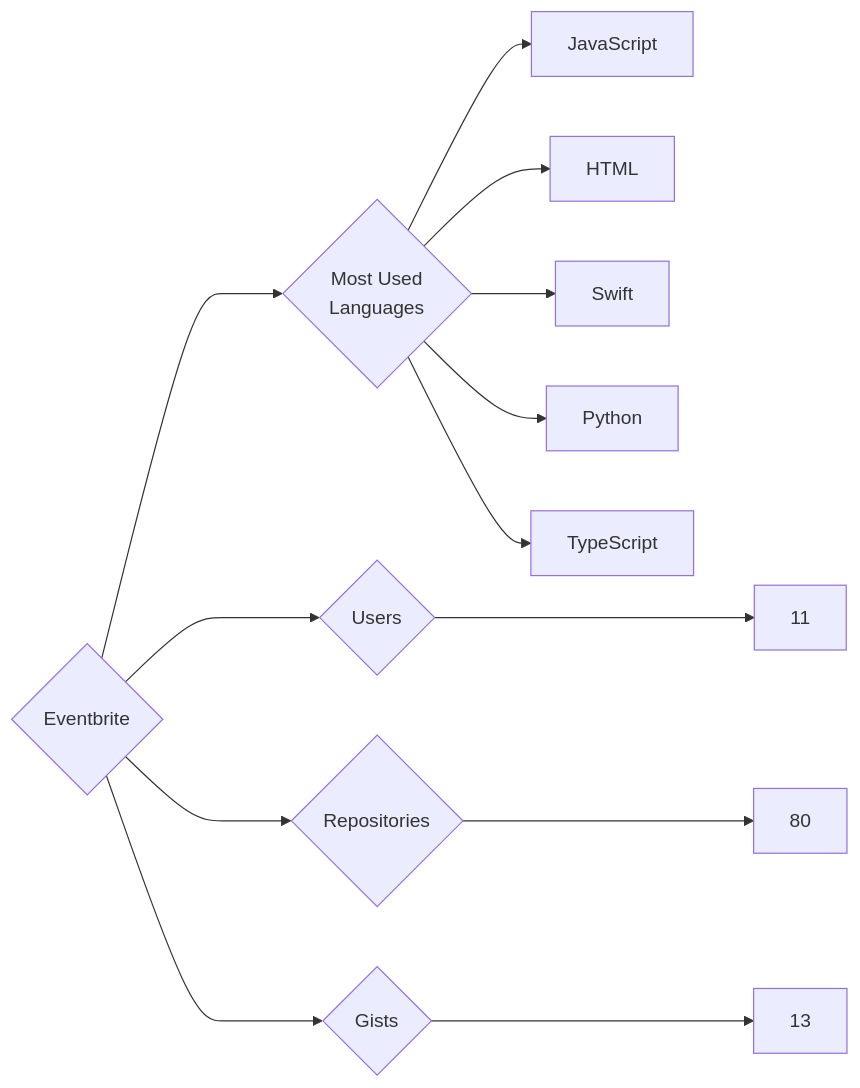
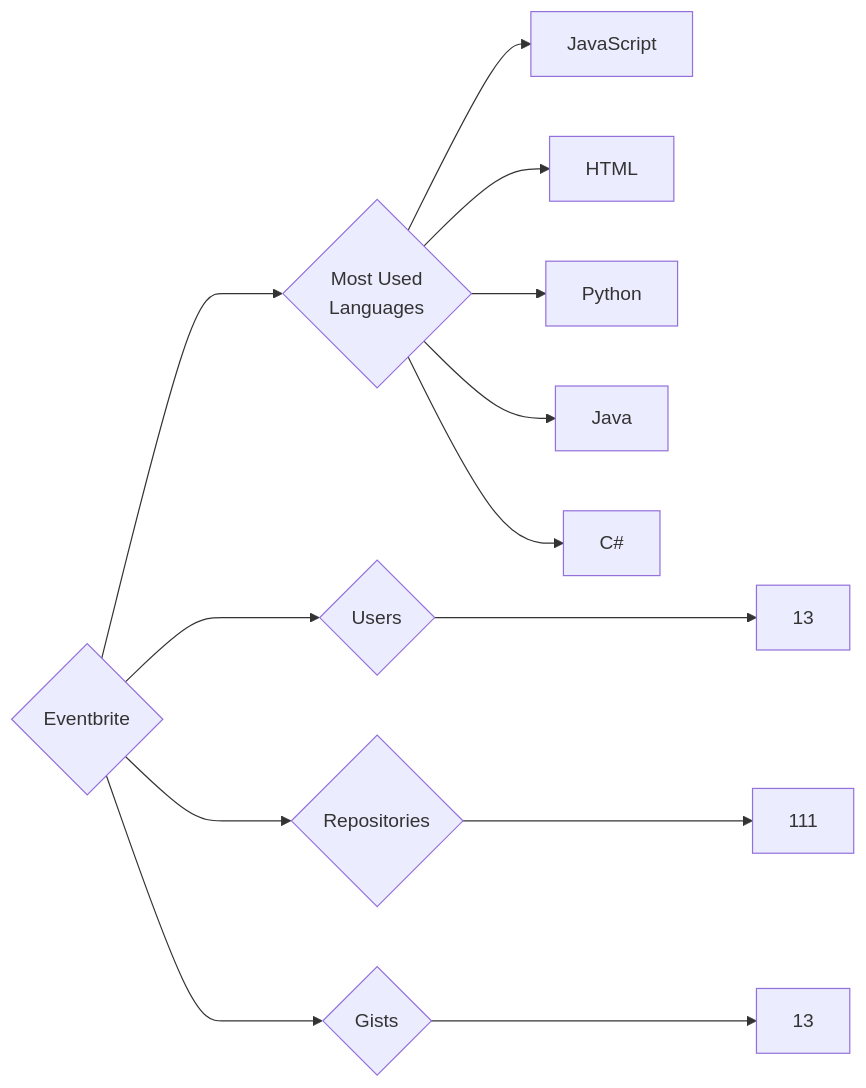
The diagram in targets/Eventbrite/README.md (trickest/insiders), drawn with Mermaid before and after one commit. The commit also changed 899 other files, not shown here.

````diff
--- a/targets/Eventbrite/README.md
+++ b/targets/Eventbrite/README.md
@@ -3,13 +3,13 @@
 ```mermaid
 graph LR
 COMPANY_NAME{Eventbrite}
-COMPANY_NAME ---> U{Users} ---> UN[11]
-COMPANY_NAME ---> R{Repositories} ---> RN[80]
+COMPANY_NAME ---> U{Users} ---> UN[13]
+COMPANY_NAME ---> R{Repositories} ---> RN[111]
 COMPANY_NAME ---> G{Gists} ---> GN[13]
 COMPANY_NAME ---> ML{Most Used<br>Languages}
 ML --> JavaScript[JavaScript]
 ML --> HTML[HTML]
-ML --> Swift[Swift]
 ML --> Python[Python]
-ML --> TypeScript[TypeScript]
+ML --> Java[Java]
+ML --> C#[C#]
 ```
````
